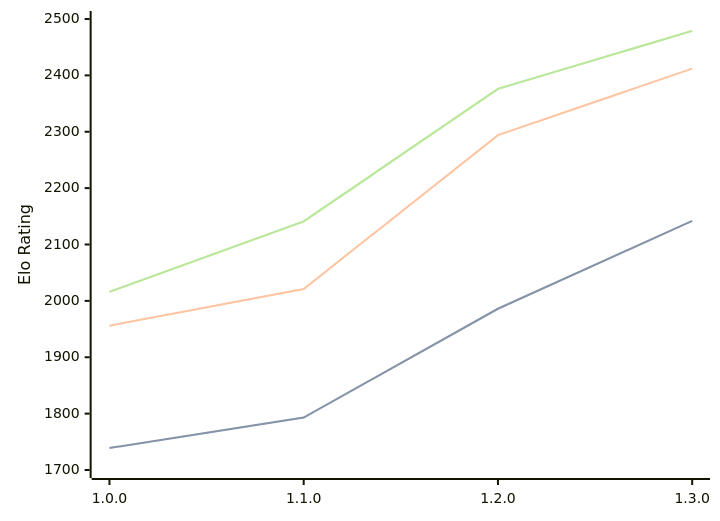
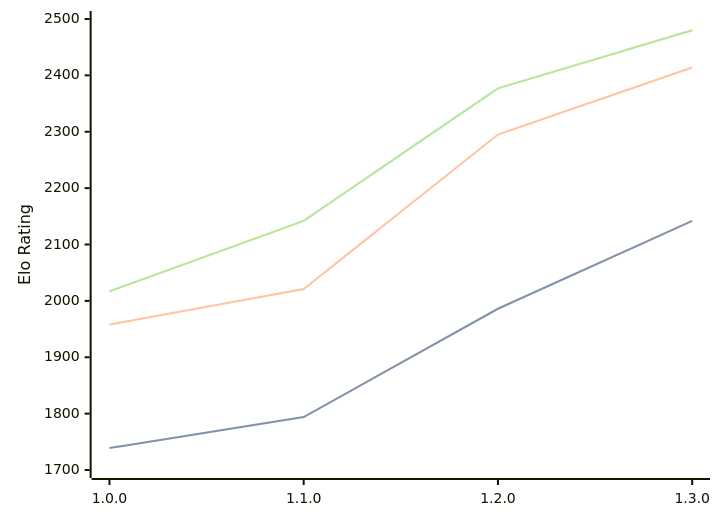
One commit to computer-chess-index/cci changed the diagram in engines/Anodos.md. Above: the diagram before and after it, drawn with Mermaid. The commit also changed other lines of this file, not shown here.

Commit message:
Update CCI Ratings (ELO VLTC) - 2026-08-15

````diff
--- a/engines/Anodos.md
+++ b/engines/Anodos.md
@@ -34,11 +34,11 @@
 ```mermaid
 %%{init: {"theme":"base","themeVariables":{"seriesColors:['#a3a3a3','#222221','#faa371']}}}%%
 xychart-beta
   x-axis ["1.0.0", "1.1.0", "1.2.0", "1.3.0"]
   y-axis "Elo Rating" 1700 --> 2500
-  line "STC (8.0+0.08s)" [1739, 1793, 1986, 2142]
-  line "STC (8.0+0.08s)" [1739, 1793, 1986, 2142]
-  line "LTC (60.0+0.60s)" [1956, 2021, 2294, 2412]
-  line "VLTC (2m24s+1.12s)" [2016, 2141, 2376, 2479]
-  line "VLTC (2m24s+1.12s)" [2016, 2141, 2376, 2479]
+  line "STC (8.0+0.08s)" [1739, 1794, 1986, 2142]
+  line "STC (8.0+0.08s)" [1739, 1794, 1986, 2142]
+  line "LTC (60.0+0.60s)" [1958, 2021, 2295, 2414]
+  line "VLTC (2m24s+1.12s)" [2017, 2142, 2377, 2480]
+  line "VLTC (2m24s+1.12s)" [2017, 2142, 2377, 2480]
 ```
````
